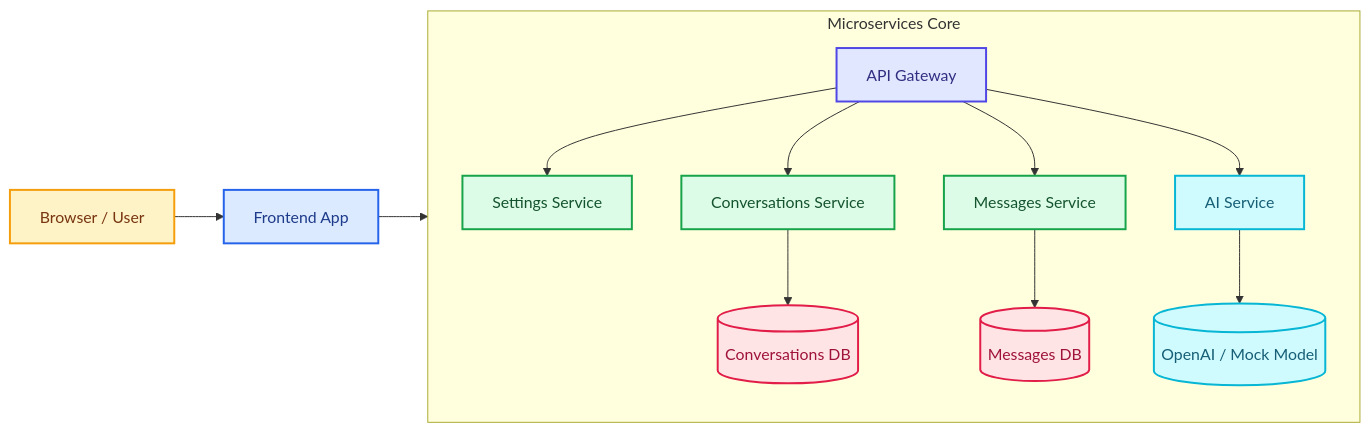
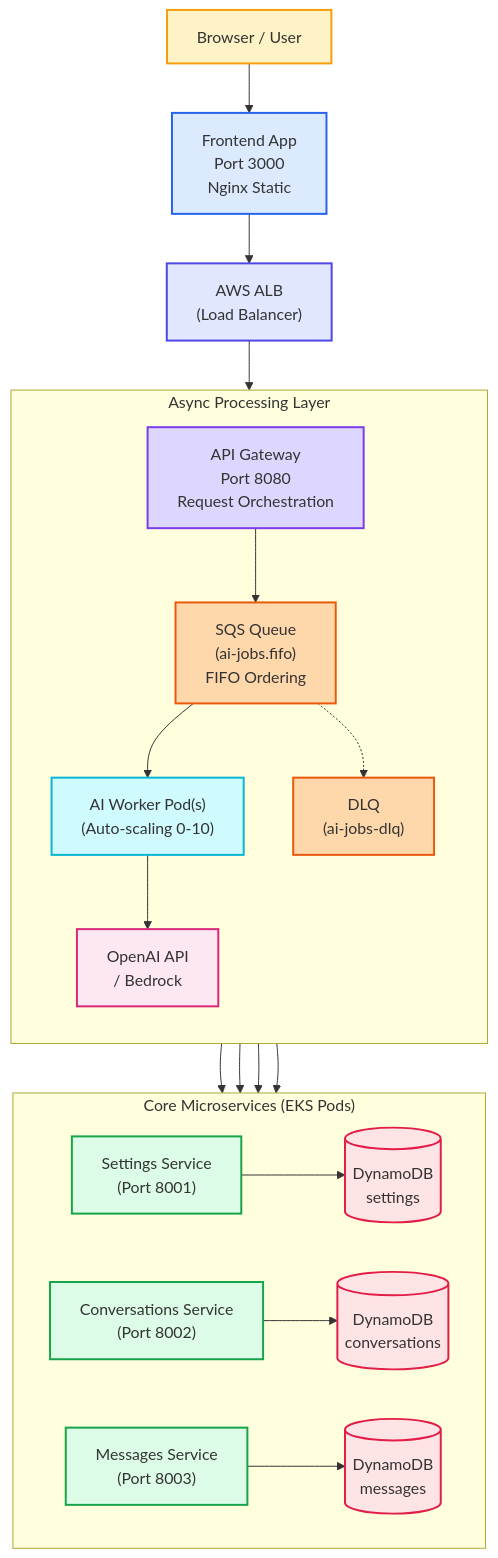
One commit to ybhandarims/llm-chatbot changed the first of 3 diagrams in microservices/README.md. Above: the diagram before and after it, drawn with Mermaid. The commit also changed other lines of this file and 46 other files, not shown here.

````diff
--- a/microservices/README.md
+++ b/microservices/README.md
@@ -28,30 +119,50 @@
 ```mermaid
-flowchart LR
-	U[Browser / User] --> FE[Frontend App]
-	FE --> GW[API Gateway]
+flowchart TB
+	U[Browser / User] --> FE[Frontend App<br/>Port 3000<br/>Nginx Static]
+	FE --> ALB["AWS ALB<br/>(Load Balancer)"]
+	ALB --> GW["API Gateway<br/>Port 8080<br/>Request Orchestration"]
 
-	subgraph Core[Microservices Core]
-		direction TB
-		GW --> SET[Settings Service]
-		GW --> CON[Conversations Service]
-		GW --> MSG[Messages Service]
-		GW --> AI[AI Service]
-		CON --> CONDB[(Conversations DB)]
-		MSG --> MSGDB[(Messages DB)]
-		AI --> LLM[(OpenAI / Mock Model)]
+	subgraph Services["Core Microservices (EKS Pods)"]
+		direction LR
+		SET["Settings Service<br/>(Port 8001)"]
+		CON["Conversations Service<br/>(Port 8002)"]
+		MSG["Messages Service<br/>(Port 8003)"]
+		
+		SET --> DDB1[("DynamoDB<br/>settings")]
+		CON --> DDB2[("DynamoDB<br/>conversations")]
+		MSG --> DDB3[("DynamoDB<br/>messages")]
 	end
 
-	classDef user fill:#fef3c7,stroke:#f59e0b,color:#78350f,stroke-width:2px;
-	classDef frontend fill:#dbeafe,stroke:#2563eb,color:#1e3a8a,stroke-width:2px;
-	classDef gateway fill:#e0e7ff,stroke:#4f46e5,color:#312e81,stroke-width:2px;
-	classDef service fill:#dcfce7,stroke:#16a34a,color:#14532d,stroke-width:2px;
-	classDef db fill:#ffe4e6,stroke:#e11d48,color:#9f1239,stroke-width:2px;
-	classDef ai fill:#cffafe,stroke:#06b6d4,color:#155e75,stroke-width:2px;
+	GW --> SET
+	GW --> CON
+	GW --> MSG
+	
+	subgraph Async["Async Processing Layer"]
+		direction TB
+		GW --> SQS["SQS Queue<br/>(ai-jobs.fifo)<br/>FIFO Ordering"]
+		SQS --> WORKER["AI Worker Pod(s)<br/>(Auto-scaling 0-10)"]
+		WORKER --> OPENAI["OpenAI API<br/>/ Bedrock"]
+		WORKER --> DDB3
+		SQS -.-> DLQ["DLQ<br/>(ai-jobs-dlq)"]
+	end
+	
+	classDef user fill:#fef3c7,stroke:#f59e0b,stroke-width:2px;
+	classDef frontend fill:#dbeafe,stroke:#2563eb,stroke-width:2px;
+	classDef lb fill:#e0e7ff,stroke:#4f46e5,stroke-width:2px;
+	classDef gateway fill:#ddd6fe,stroke:#7c3aed,stroke-width:2px;
+	classDef service fill:#dcfce7,stroke:#16a34a,stroke-width:2px;
+	classDef db fill:#ffe4e6,stroke:#e11d48,stroke-width:2px;
+	classDef queue fill:#fed7aa,stroke:#ea580c,stroke-width:2px;
+	classDef worker fill:#cffafe,stroke:#06b6d4,stroke-width:2px;
+	classDef api fill:#fce7f3,stroke:#db2777,stroke-width:2px;
 
 	class U user
 	class FE frontend
+	class ALB lb
 	class GW gateway
 	class SET,CON,MSG service
-	class CONDB,MSGDB db
-	class AI,LLM ai
+	class DDB1,DDB2,DDB3 db
+	class SQS,DLQ queue
+	class WORKER worker
+	class OPENAI api
 ```
````
